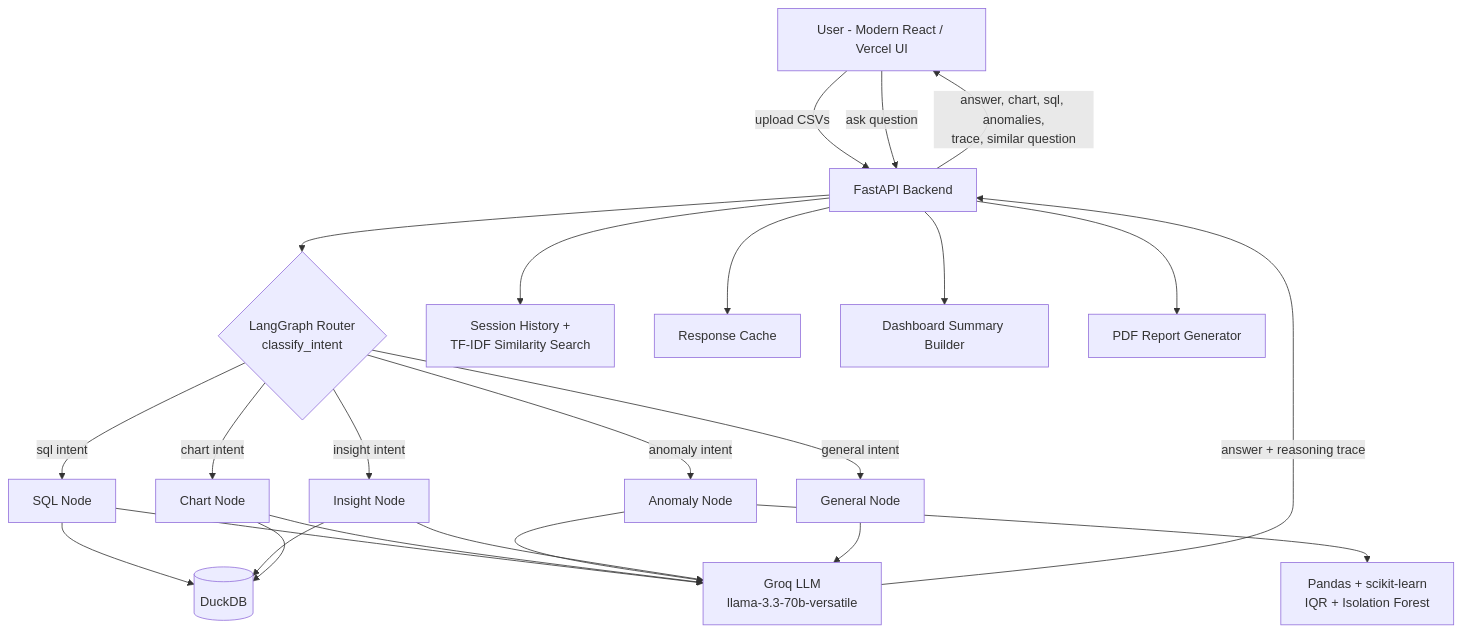
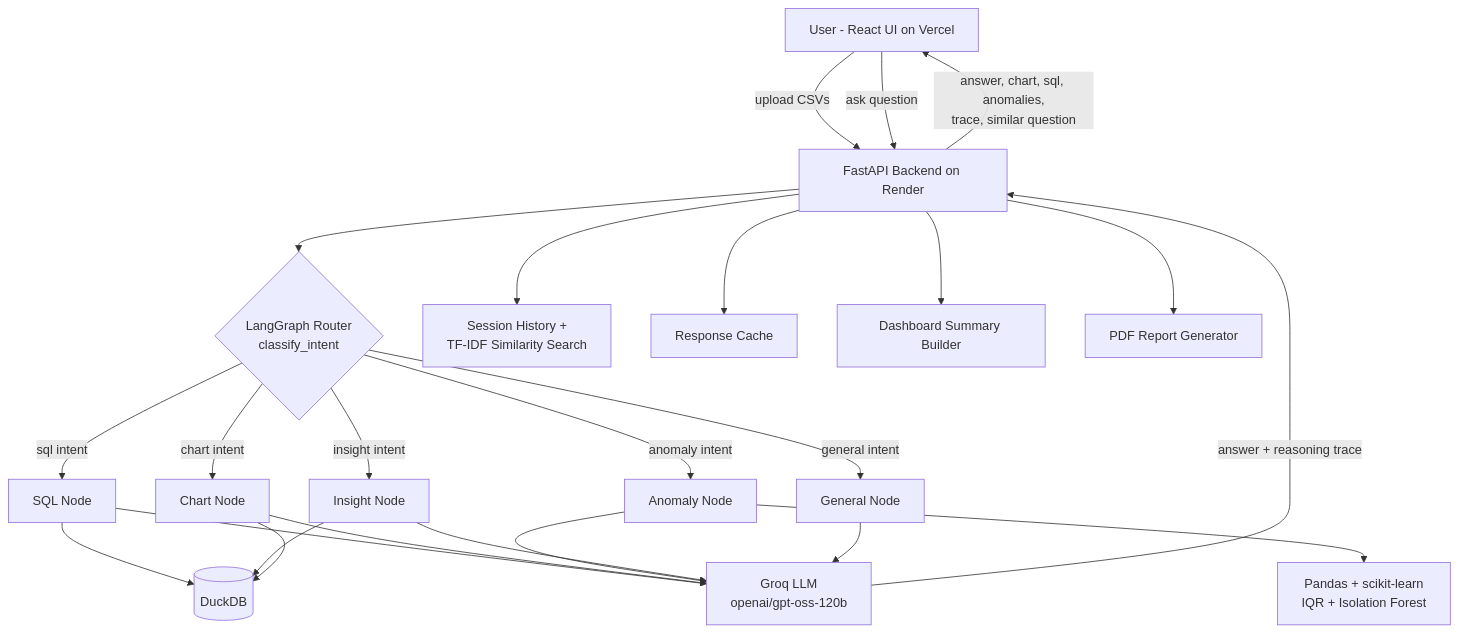
One commit to viveksharma151/AI-data-analyst changed the diagram in README.md. Above: the diagram before and after it, drawn with Mermaid. The commit also changed other lines of this file, not shown here.

Commit message:
docs: update README with live Vercel app, Render backend and demo video links

````diff
--- a/README.md
+++ b/README.md
@@ -24,30 +34,30 @@
 ```mermaid
 flowchart TD
-    U[User - Modern React / Vercel UI] -->|upload CSVs| API[FastAPI Backend]
+    U[User - React UI on Vercel] -->|upload CSVs| API[FastAPI Backend on Render]
     U -->|ask question| API
     API --> Router{LangGraph Router<br/>classify_intent}
     Router -->|sql intent| SQLNode[SQL Node]
     Router -->|chart intent| ChartNode[Chart Node]
     Router -->|anomaly intent| AnomalyNode[Anomaly Node]
     Router -->|insight intent| InsightNode[Insight Node]
     Router -->|general intent| GeneralNode[General Node]
 
     SQLNode --> DuckDB[(DuckDB)]
     InsightNode --> DuckDB
     ChartNode --> DuckDB
     AnomalyNode --> Pandas[Pandas + scikit-learn<br/>IQR + Isolation Forest]
 
-    SQLNode --> Groq[Groq LLM<br/>llama-3.3-70b-versatile]
+    SQLNode --> Groq[Groq LLM<br/>openai/gpt-oss-120b]
     ChartNode --> Groq
     AnomalyNode --> Groq
     InsightNode --> Groq
     GeneralNode --> Groq
 
     API --> History[Session History +<br/>TF-IDF Similarity Search]
     API --> Cache[Response Cache]
     API --> Dashboard[Dashboard Summary Builder]
     API --> PDF[PDF Report Generator]
 
     Groq -->|answer + reasoning trace| API
     API -->|answer, chart, sql, anomalies,<br/>trace, similar question| U
 ```
````
